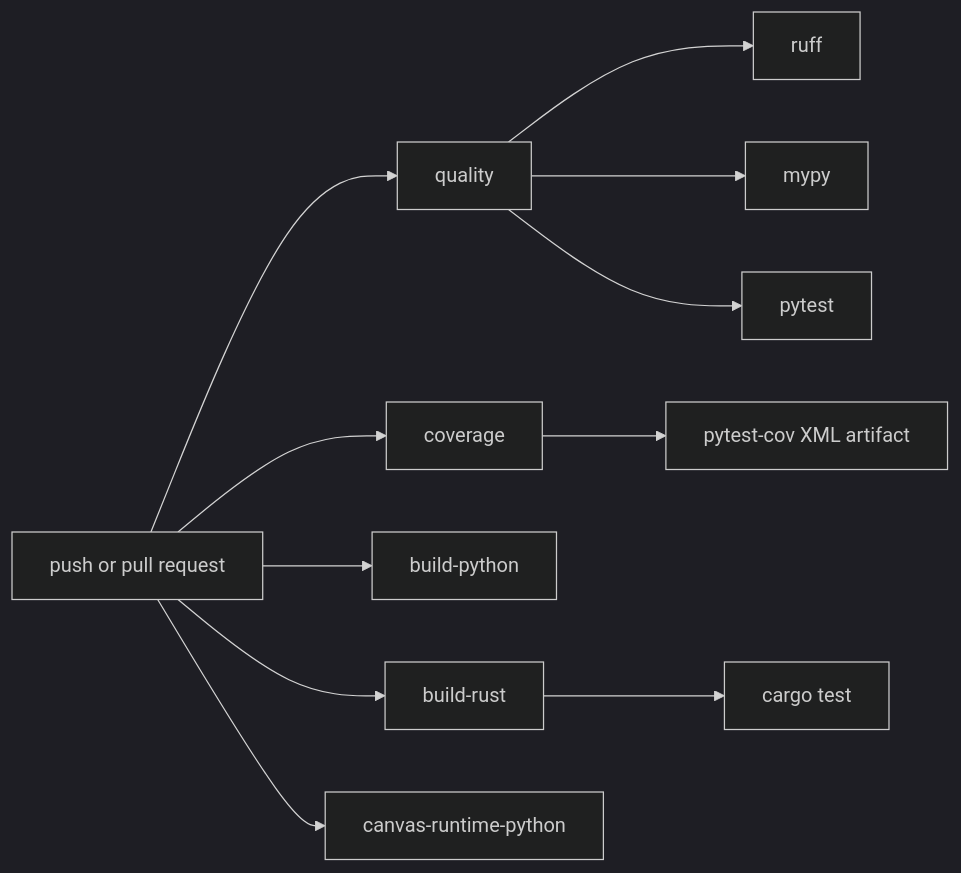
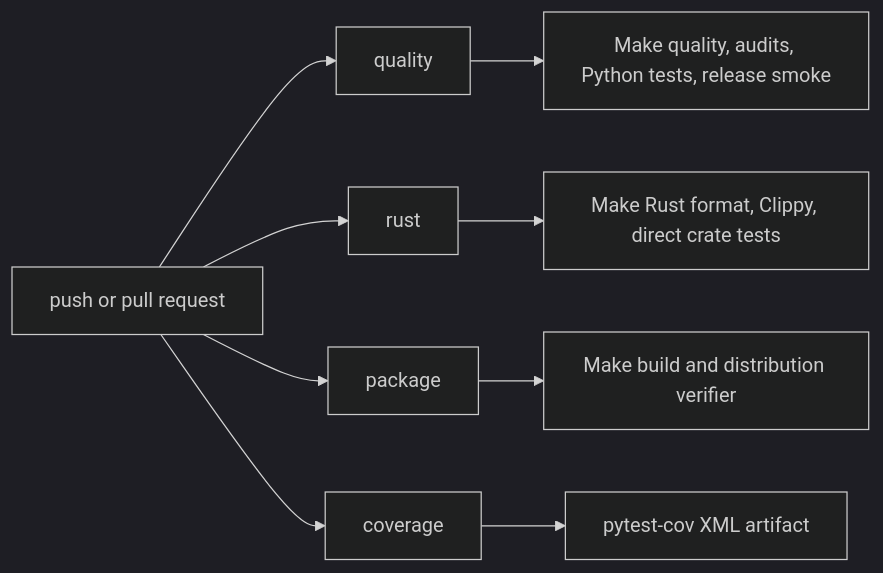
One commit to JonathanHHenson/gummy_snake changed the diagram in docs/contribute/testing.md. Above: the diagram before and after it, drawn with Mermaid (dark theme). The commit also changed other lines of this file and 190 other files, not shown here.

````diff
--- a/docs/contribute/testing.md
+++ b/docs/contribute/testing.md
@@ -273,14 +299,12 @@
 ```mermaid
 flowchart LR
     Push[push or pull request] --> Quality[quality]
+    Push --> Rust[rust]
+    Push --> Package[package]
     Push --> Coverage[coverage]
-    Push --> BuildPython[build-python]
-    Push --> BuildRust[build-rust]
-    Push --> Canvas[canvas-runtime-python]
 
-    Quality --> Lint[ruff]
-    Quality --> Types[mypy]
-    Quality --> Tests[pytest]
+    Quality --> Python[Make quality, audits, Python tests, release smoke]
+    Rust --> Workspace[Make Rust format, Clippy, direct crate tests]
+    Package --> Archive[Make build and distribution verifier]
     Coverage --> Cov[pytest-cov XML artifact]
-    BuildRust --> Cargo[cargo test]
 ```
````
